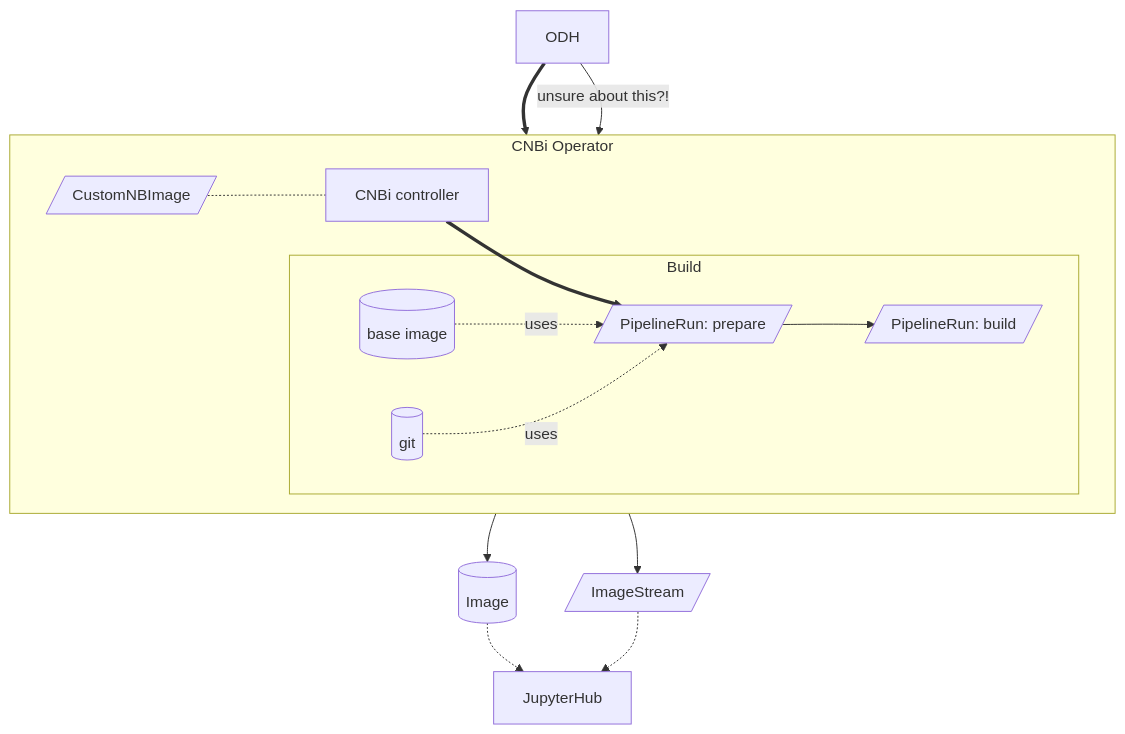
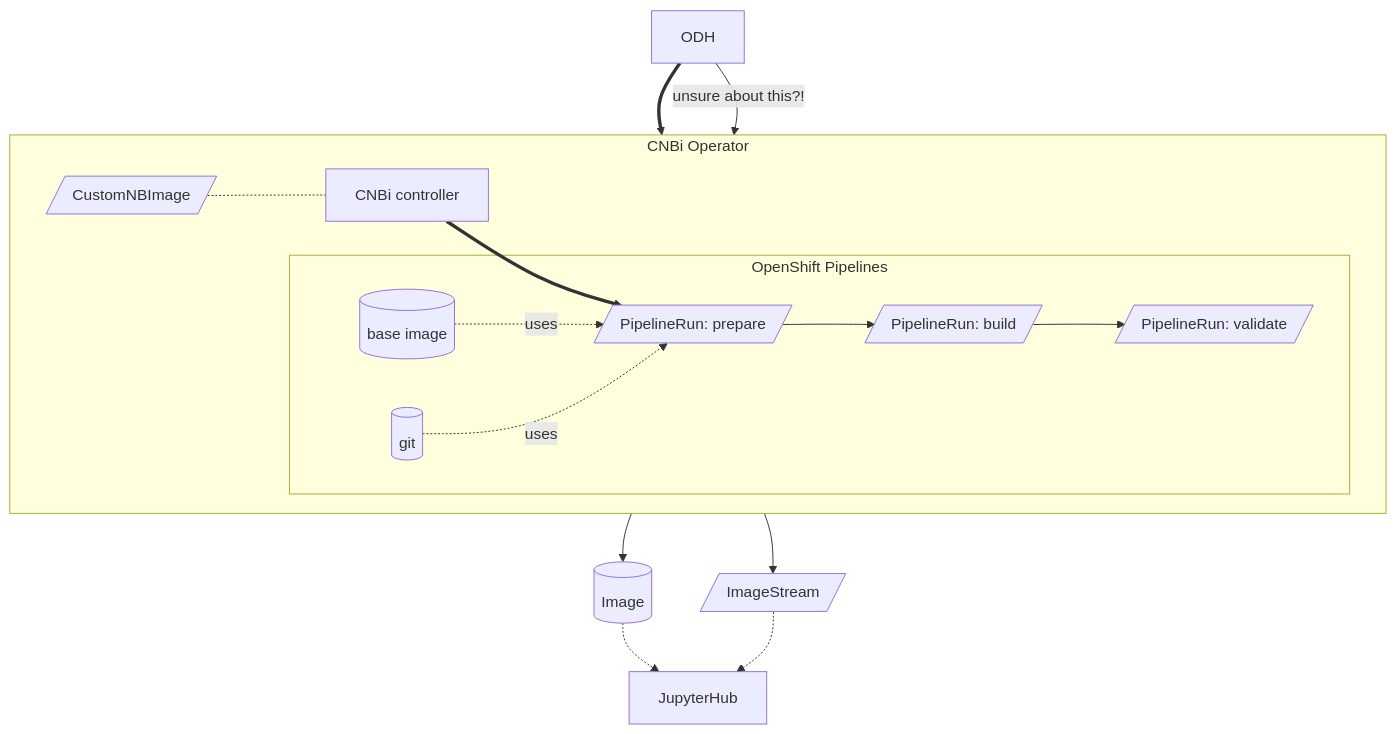
One commit to thoth-station/opendatahub-cnbi changed the third of 6 diagrams in README.md. Above: the diagram before and after it, drawn with Mermaid. The commit also changed other lines of this file, not shown here.

````diff
--- a/README.md
+++ b/README.md
@@ -53,14 +56,15 @@
 ```mermaid
 flowchart TB
     O[ODH] ==> CR[/CustomNBImage/]
     subgraph CNBi Operator
         direction LR
         CR -.- C[CNBi controller] ==> PRprepare[/PipelineRun: prepare/]
-        subgraph Build
+        subgraph OpenShift Pipelines
             B[(base image)] & g[(git)] -.uses.-> PRprepare
             PRprepare --> PRbuild[/PipelineRun: build/]
+            PRbuild --> PRvalidate[/PipelineRun: validate/]
         end
     end
-    PRbuild --> I[(Image)] & IS[/ImageStream/] -.-> JH[JupyterHub]
+    PRvalidate --> I[(Image)] & IS[/ImageStream/] -.-> JH[JupyterHub]
     O --unsure about this?!--> g
 ```
````
